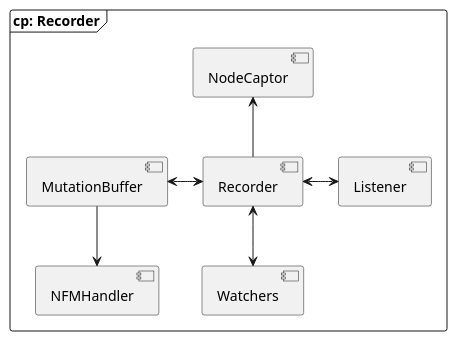
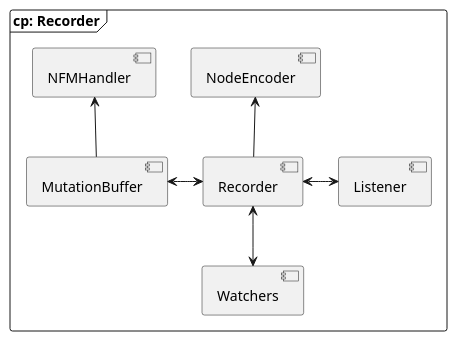
Before and after one commit to SSMM0498/arkad-conception: the diagram in models/6.Component/1.recorder.puml, drawn with PlantUML. The commit also changed 3 other files, not shown here.

Commit message:
rename node captor to node encoder

```diff
--- a/models/6.Component/1.recorder.puml
+++ b/models/6.Component/1.recorder.puml
@@ -1,12 +1,12 @@
 @startuml "recorder component diagram"
 skinparam shadowing false
 skinparam monochrome true
 
 frame "cp: Recorder" {
     [Recorder] <-down-> [Watchers]
     [Recorder] <-right-> [Listener]
-    [Recorder] -up-> [NodeCaptor]
+    [Recorder] -up-> [NodeEncoder]
     [Recorder] <-left-> [MutationBuffer]
-    [MutationBuffer] -down-> [NFMHandler]
+    [MutationBuffer] -up-> [NFMHandler]
 }
 @enduml
```
